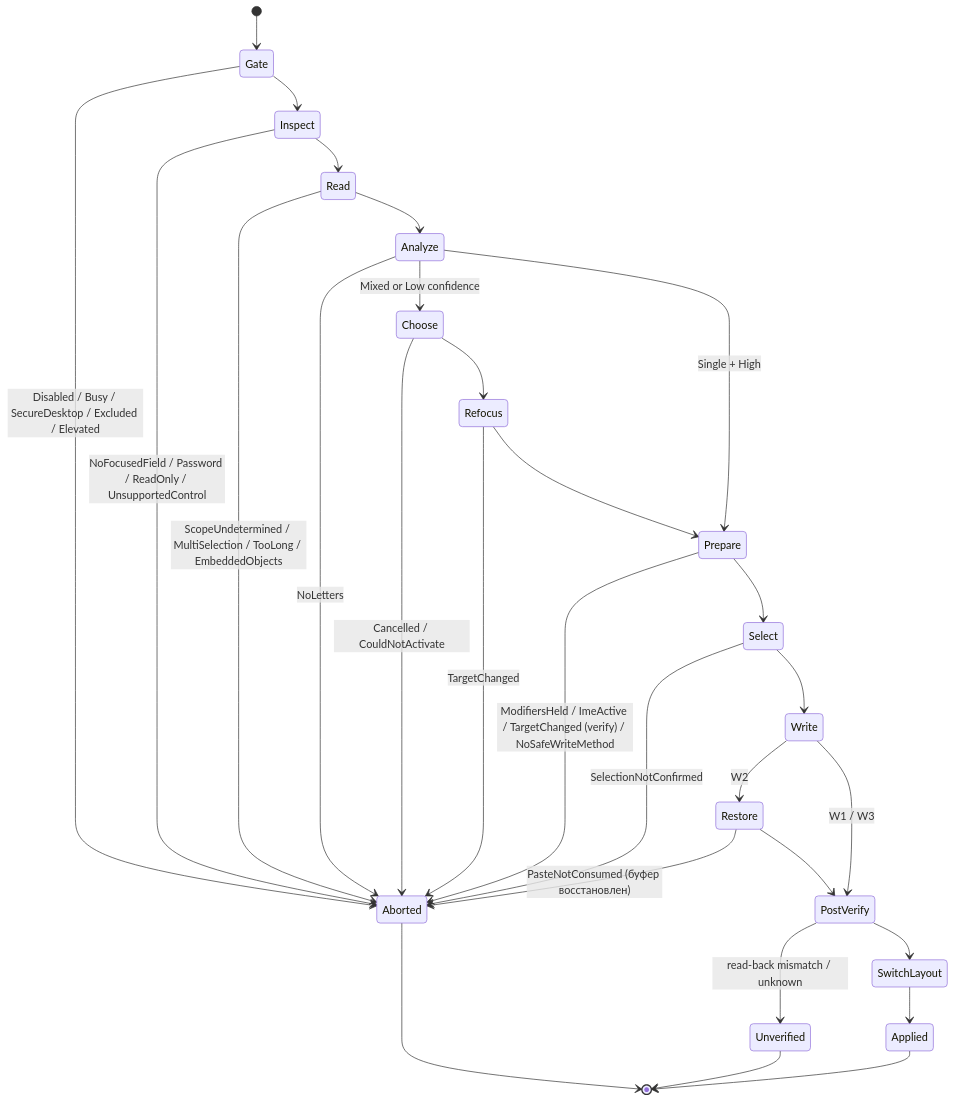
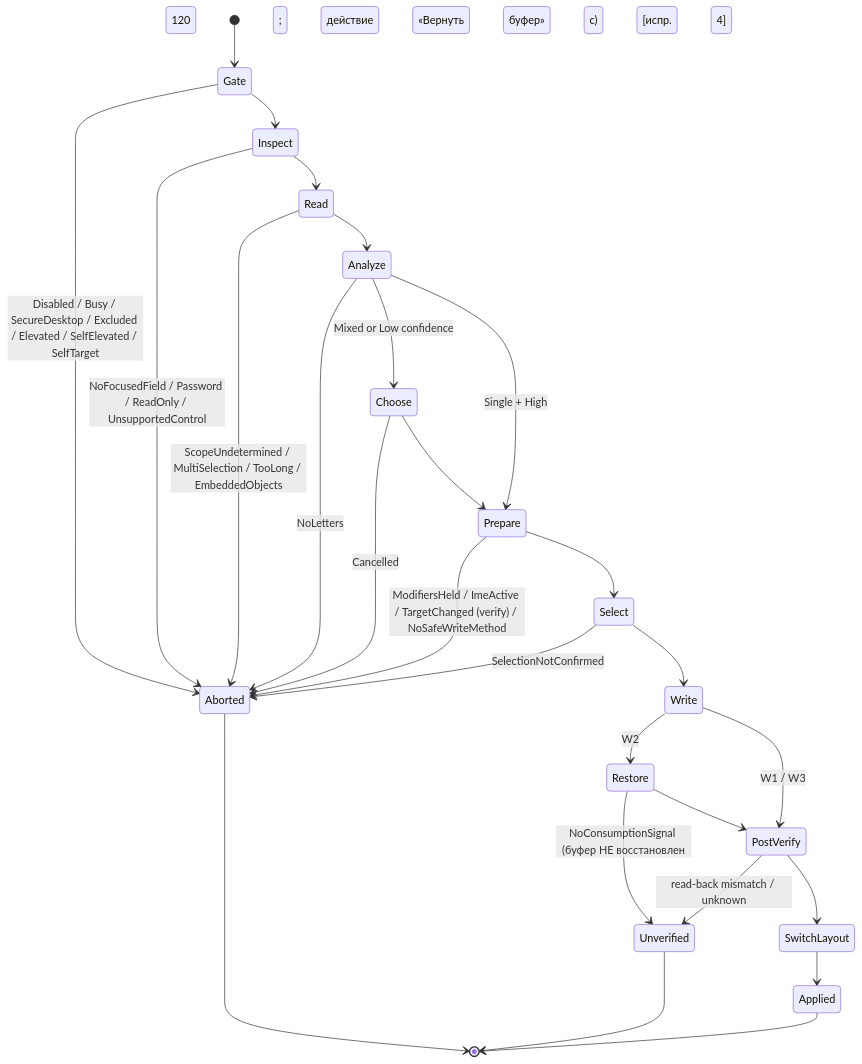
The diagram in docs/research/arch-architecture-v2.md (vsagirov97-pixel/KEYSWITCH-MASTER-PROJECT-INSTRUCTIONS), drawn with Mermaid before and after one commit. The commit also changed other lines of this file and 9 other files, not shown here.

First line of the commit message:
docs(arch): update security architecture, release checklist, failure recovery, ADR-0001..0011, 13 corrections; D-28

````diff
--- a/docs/research/arch-architecture-v2.md
+++ b/docs/research/arch-architecture-v2.md
@@ -338,31 +353,29 @@
 ```mermaid
 stateDiagram-v2
   [*] --> Gate
-  Gate --> Aborted: Disabled / Busy / SecureDesktop / Excluded / Elevated
+  Gate --> Aborted: Disabled / Busy / SecureDesktop / Excluded / Elevated / SelfElevated / SelfTarget
   Gate --> Inspect
   Inspect --> Aborted: NoFocusedField / Password / ReadOnly / UnsupportedControl
   Inspect --> Read
   Read --> Aborted: ScopeUndetermined / MultiSelection / TooLong / EmbeddedObjects
   Read --> Analyze
   Analyze --> Aborted: NoLetters
   Analyze --> Choose: Mixed or Low confidence
   Analyze --> Prepare: Single + High
-  Choose --> Aborted: Cancelled / CouldNotActivate
-  Choose --> Refocus
-  Refocus --> Aborted: TargetChanged
-  Refocus --> Prepare
+  Choose --> Aborted: Cancelled
+  Choose --> Prepare
   Prepare --> Aborted: ModifiersHeld / ImeActive / TargetChanged (verify) / NoSafeWriteMethod
   Prepare --> Select
   Select --> Aborted: SelectionNotConfirmed
   Select --> Write
   Write --> Restore: W2
   Write --> PostVerify: W1 / W3
-  Restore --> Aborted: PasteNotConsumed (буфер восстановлен)
+  Restore --> Unverified: NoConsumptionSignal (буфер НЕ восстановлен; действие «Вернуть буфер» 120 с) [испр. 4]
   Restore --> PostVerify
   PostVerify --> Unverified: read-back mismatch / unknown
   PostVerify --> SwitchLayout
   SwitchLayout --> Applied
   Applied --> [*]
   Unverified --> [*]
   Aborted --> [*]
 ```
````
